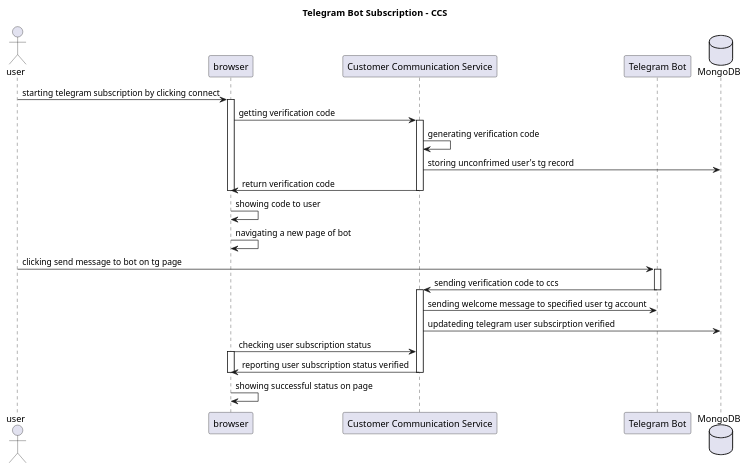
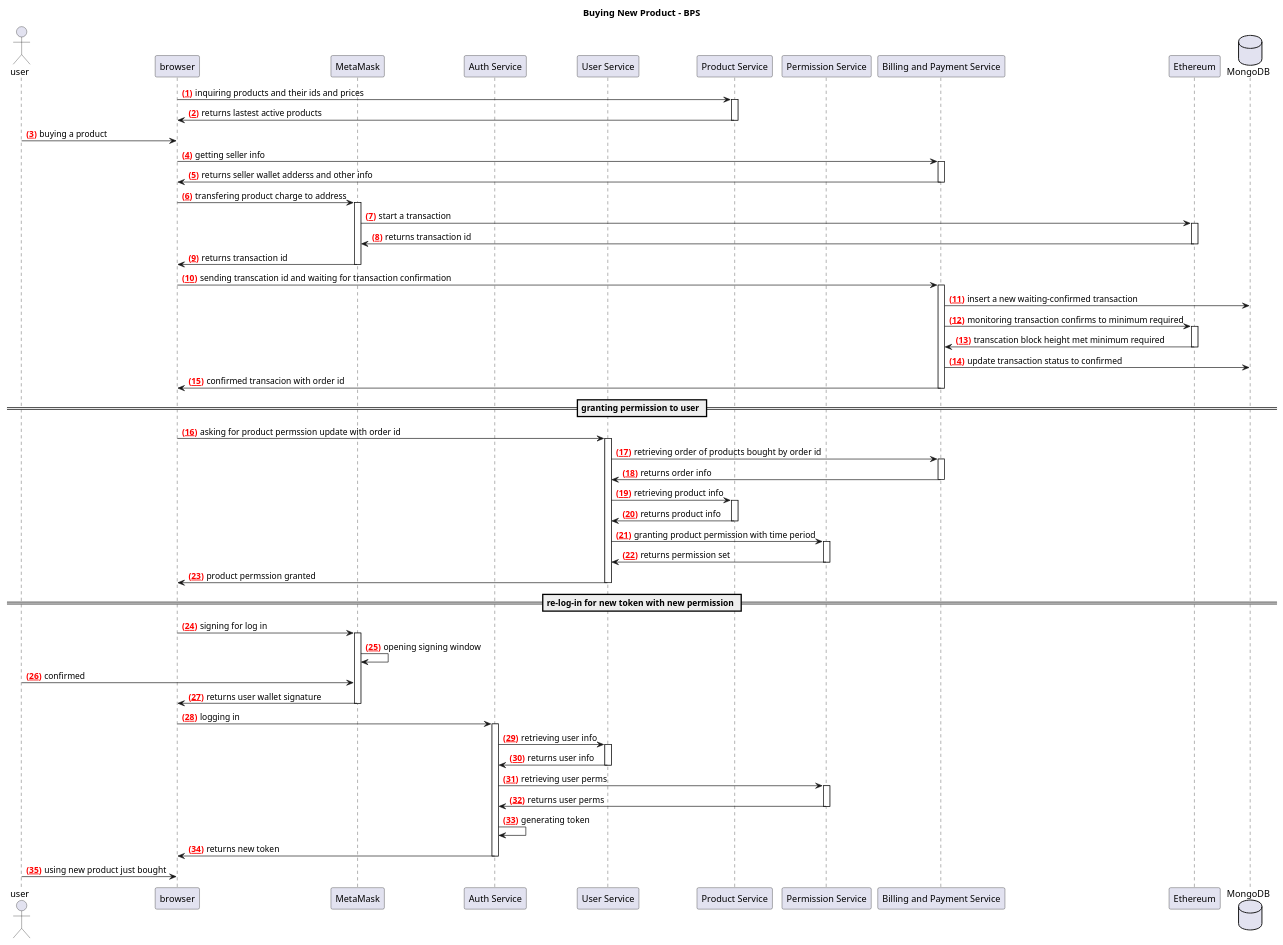
The diagram in services/billing-and-payment-service/sequence.buying-new-product.puml (SlowlyCloud/docs), drawn with PlantUML before and after one commit.

Commit message:
sequence for buying a new product

```diff
--- a/services/billing-and-payment-service/sequence.buying-new-product.puml
+++ b/services/billing-and-payment-service/sequence.buying-new-product.puml
@@ -1,40 +1,91 @@
 @startuml
-title Telegram Bot Subscription - CCS
+title Buying New Product - BPS
 
 actor "user" as u
 participant "browser" as b
-participant "Customer Communication Service" as s
-participant "Telegram Bot" as tg
+participant "MetaMask" as mm
+participant "Auth Service" as as
+participant "User Service" as us
+participant "Product Service" as ps
+participant "Permission Service" as perms
+participant "Billing and Payment Service" as bps
+participant "Ethereum" as eth
 database "MongoDB" as db
 
-u -> b: starting telegram subscription by clicking connect
-activate b
-b -> s: getting verification code
-activate s
-s -> s: generating verification code
-s -> db: storing unconfrimed user's tg record
-s -> b: return verification code
-deactivate s
-deactivate b
+autonumber "<font color=red><b>(<u>##</u>)"
 
-b -> b: showing code to user
-b -> b: navigating a new page of bot
-u -> tg: clicking send message to bot on tg page
-activate tg
-tg -> s: sending verification code to ccs
-deactivate tg
+b -> ps: inquiring products and their ids and prices
+activate ps
+ps -> b: returns lastest active products
+deactivate ps
 
-activate s
-s -> tg: sending welcome message to specified user tg account
-s -> db: updateding telegram user subscirption verified
+u -> b: buying a product
 
-b -> s: checking user subscription status
-activate b
+b -> bps: getting seller info
+activate bps
+bps -> b: returns seller wallet adderss and other info
+deactivate bps
 
-s -> b: reporting user subscription status verified
-deactivate b
-deactivate s
+b -> mm: transfering product charge to address
+activate mm
+mm -> eth: start a transaction
+activate eth
+eth -> mm: returns transaction id
+deactivate eth
+mm -> b: returns transaction id
+deactivate mm
 
-b -> b: showing successful status on page
+b -> bps: sending transcation id and waiting for transaction confirmation
+activate bps
+bps -> db: insert a new waiting-confirmed transaction
+bps -> eth: monitoring transaction confirms to minimum required
+activate eth
+eth -> bps: transcation block height met minimum required
+deactivate eth
+bps -> db: update transaction status to confirmed
+bps -> b: confirmed transacion with order id
+deactivate bps
+
+== granting permission to user ==
+
+b -> us: asking for product permssion update with order id
+activate us
+us -> bps: retrieving order of products bought by order id
+activate bps
+bps -> us: returns order info
+deactivate bps
+us -> ps: retrieving product info
+activate ps
+ps -> us: returns product info
+deactivate ps
+us -> perms: granting product permission with time period
+activate perms
+perms -> us: returns permission set
+deactivate perms
+us -> b: product permssion granted 
+deactivate us
+
+== re-log-in for new token with new permission ==
+
+b -> mm: signing for log in
+activate mm
+mm -> mm: opening signing window
+u -> mm: confirmed
+mm -> b: returns user wallet signature
+deactivate mm
+b -> as: logging in
+activate as
+as -> us: retrieving user info
+activate us
+us -> as: returns user info
+deactivate us
+as -> perms: retrieving user perms
+activate perms
+perms -> as: returns user perms
+deactivate perms
+as -> as: generating token
+as -> b: returns new token
+deactivate as
+u -> b: using new product just bought
 
 @enduml
```
